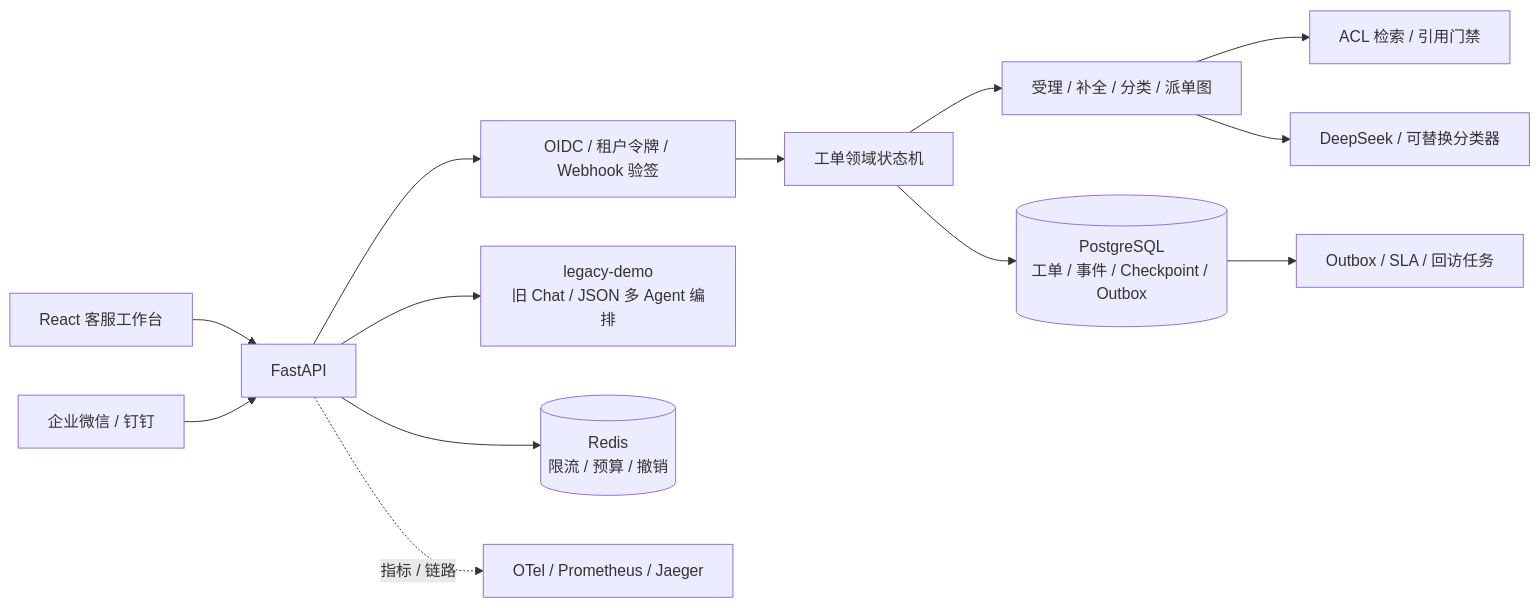
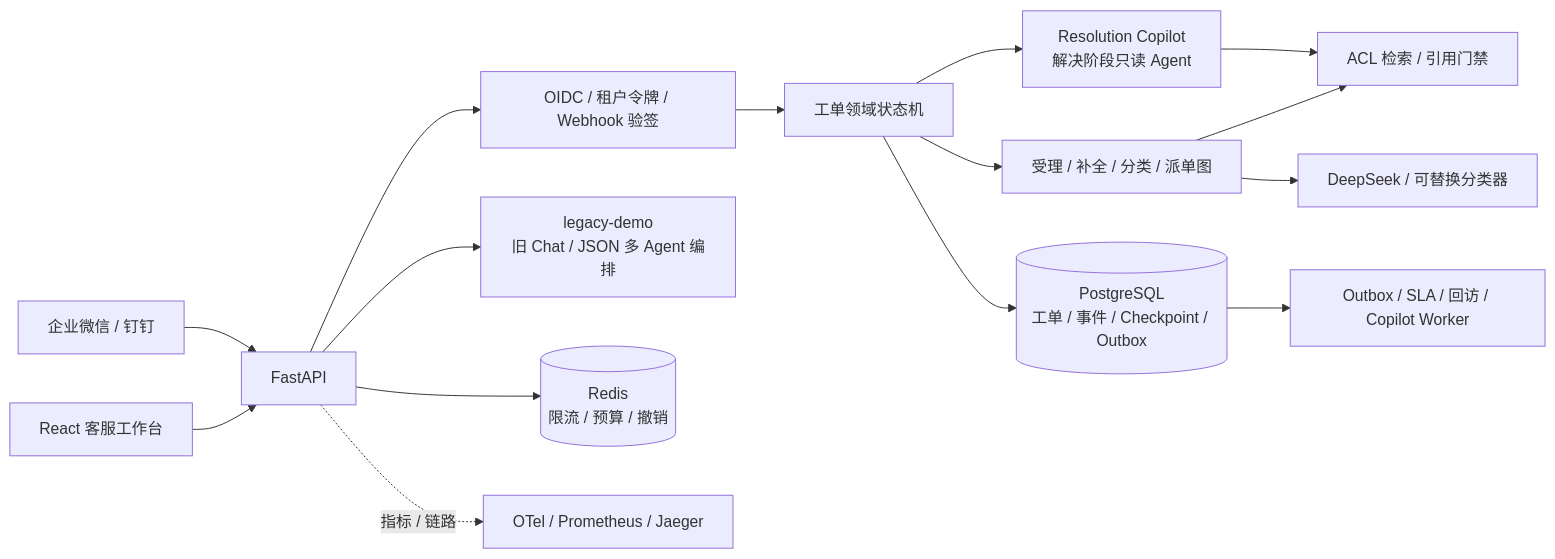
Before and after one commit to kdc307950-art/agent: the first of 2 diagrams in README.md, drawn with Mermaid. The commit also changed other lines of this file and 7 other files, not shown here.

````diff
--- a/README.md
+++ b/README.md
@@ -100,15 +107,17 @@
 ```mermaid
 flowchart LR
     U[React 客服工作台] --> API[FastAPI]
     CH[企业微信 / 钉钉] --> API
     API --> AUTH[OIDC / 租户令牌 / Webhook 验签]
     AUTH --> TICKET[工单领域状态机]
     TICKET --> INTAKE[受理 / 补全 / 分类 / 派单图]
     INTAKE --> RAG[ACL 检索 / 引用门禁]
+    TICKET --> COPILOT[Resolution Copilot<br/>解决阶段只读 Agent]
+    COPILOT --> RAG
     API --> CHAT[legacy-demo<br/>旧 Chat / JSON 多 Agent 编排]
     TICKET --> PG[(PostgreSQL<br/>工单 / 事件 / Checkpoint / Outbox)]
     API --> REDIS[(Redis<br/>限流 / 预算 / 撤销)]
-    PG --> WORKER[Outbox / SLA / 回访任务]
+    PG --> WORKER[Outbox / SLA / 回访 / Copilot Worker]
     INTAKE --> LLM[DeepSeek / 可替换分类器]
     API -. 指标 / 链路 .-> OTEL[OTel / Prometheus / Jaeger]
 ```
````
